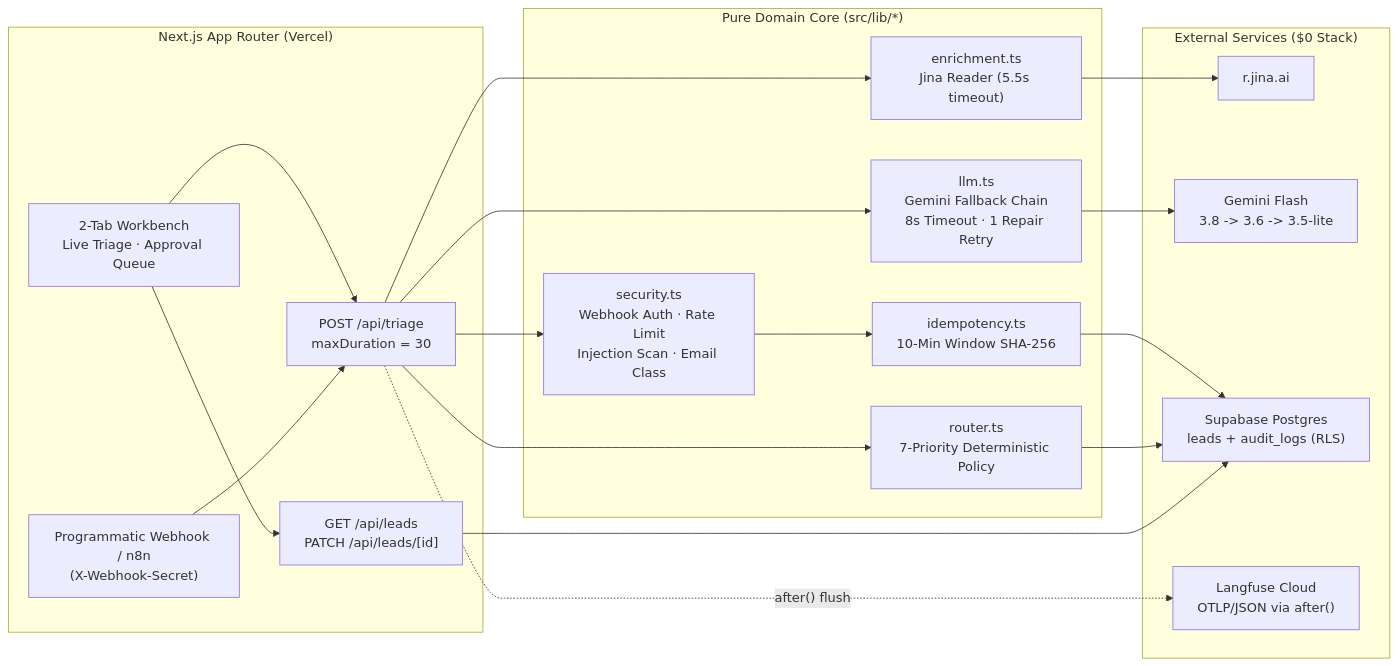
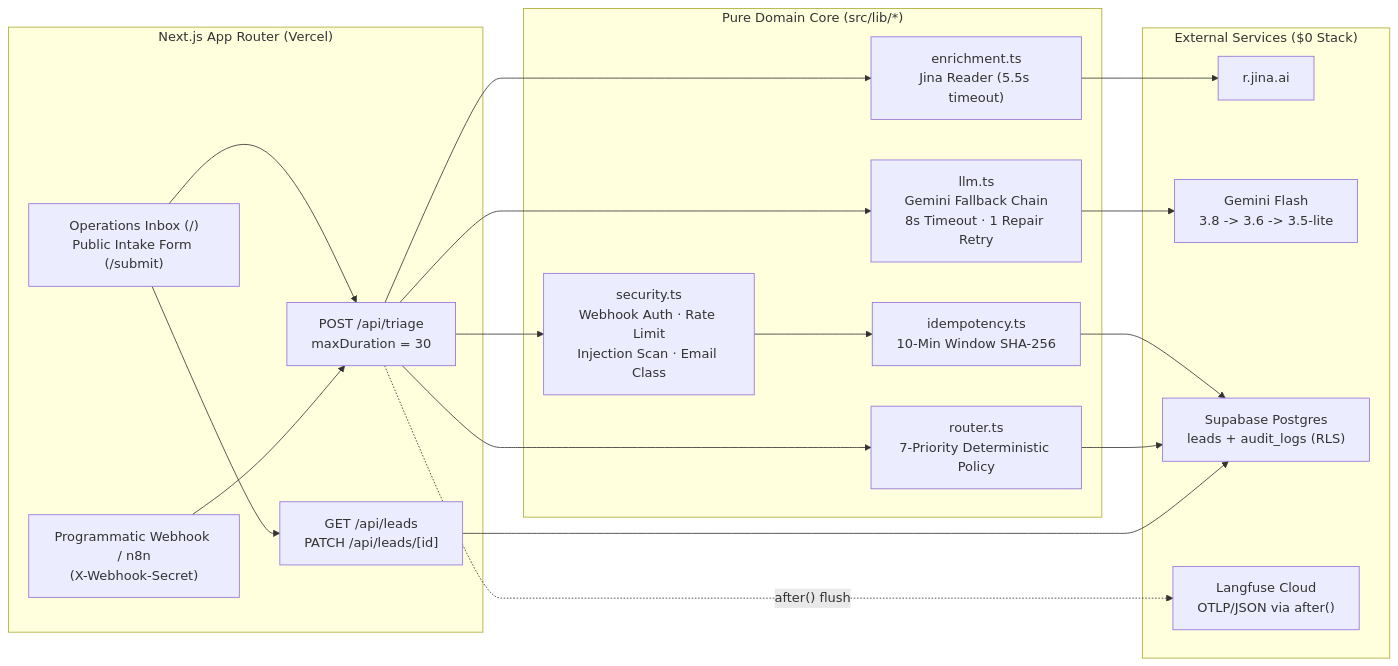
Before and after one commit to cookiemp/b2b-lead-triage-agent: the diagram in README.md, drawn with Mermaid. The commit also changed other lines of this file and 1 other file, not shown here.

Commit message:
docs: add live 20-case eval benchmarks and finalize Stage A release

````diff
--- a/README.md
+++ b/README.md
@@ -11,34 +18,34 @@
 ```mermaid
 flowchart LR
     subgraph Boundary["Next.js App Router (Vercel)"]
-        UI["2-Tab Workbench\nLive Triage · Approval Queue"]
+        UI["Operations Inbox (/)\nPublic Intake Form (/submit)"]
         WH["Programmatic Webhook / n8n\n(X-Webhook-Secret)"]
         API_T["POST /api/triage\nmaxDuration = 30"]
         API_L["GET /api/leads\nPATCH /api/leads/[id]"]
     end
 
     subgraph Core["Pure Domain Core (src/lib/*)"]
         SEC["security.ts\nWebhook Auth · Rate Limit\nInjection Scan · Email Class"]
         IDEM["idempotency.ts\n10-Min Window SHA-256"]
         ENRICH["enrichment.ts\nJina Reader (5.5s timeout)"]
         LLM["llm.ts\nGemini Fallback Chain\n8s Timeout · 1 Repair Retry"]
         ROUTE["router.ts\n7-Priority Deterministic Policy"]
     end
 
     subgraph External["External Services ($0 Stack)"]
         JINA["r.jina.ai"]
         GEM["Gemini Flash\n3.8 -> 3.6 -> 3.5-lite"]
         DB["Supabase Postgres\nleads + audit_logs (RLS)"]
         LF["Langfuse Cloud\nOTLP/JSON via after()"]
     end
 
     UI --> API_T
     WH --> API_T
     UI --> API_L
     API_T --> SEC --> IDEM --> DB
     API_T --> ENRICH --> JINA
     API_T --> LLM --> GEM
     API_T --> ROUTE --> DB
     API_T -. "after() flush" .-> LF
     API_L --> DB
 ```
````
